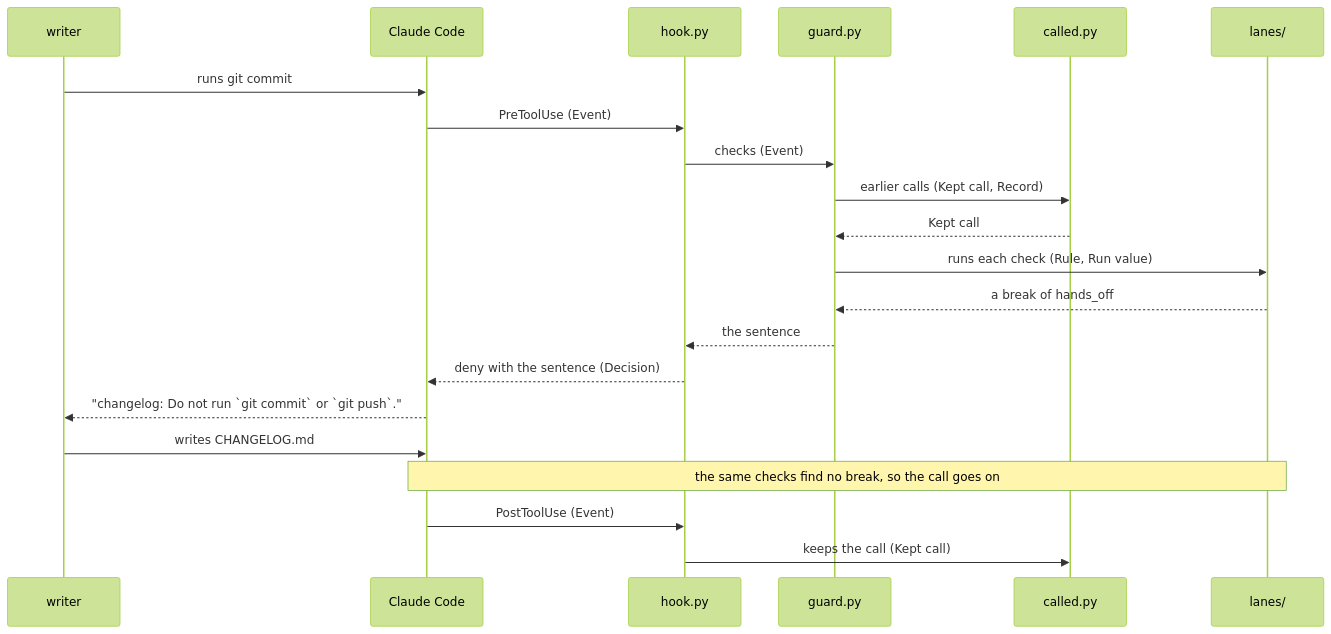
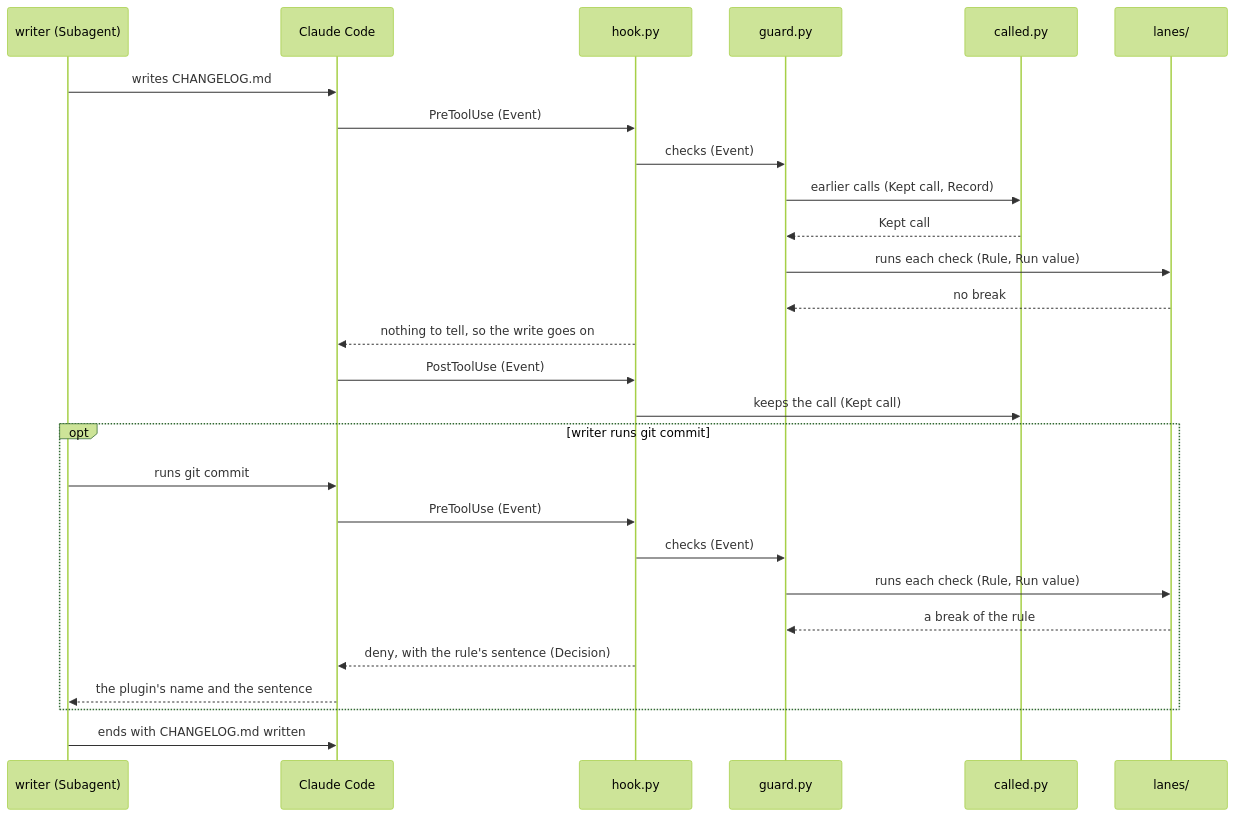
The third of 4 diagrams in dev/lane/architecture.md (lovaizu/ccpm), drawn with Mermaid (forest theme) before and after one commit. The commit also changed other lines of this file and 3 other files, not shown here.

First line of the commit message:
lane's architecture made again by architecture's best practice from the new UX and README: no stop on either run's main path, as flow.md and the code have it; the shared principles Lane follows named by number; the code's names mapped once to the UX's

````diff
--- a/dev/lane/architecture.md
+++ b/dev/lane/architecture.md
@@ -152,23 +167,29 @@
 ```mermaid
 sequenceDiagram
-  participant SA as writer
+  participant SA as writer (Subagent)
   participant CC as Claude Code
   participant H as hook.py
   participant G as guard.py
   participant C as called.py
   participant LN as lanes/
-  SA->>CC: runs git commit
+  SA->>CC: writes CHANGELOG.md
   CC->>H: PreToolUse (Event)
   H->>G: checks (Event)
   G->>C: earlier calls (Kept call, Record)
   C-->>G: Kept call
   G->>LN: runs each check (Rule, Run value)
-  LN-->>G: a break of hands_off
-  G-->>H: the sentence
-  H-->>CC: deny with the sentence (Decision)
-  CC-->>SA: "changelog: Do not run `git commit` or `git push`."
-  SA->>CC: writes CHANGELOG.md
-  Note over CC,LN: the same checks find no break, so the call goes on
+  LN-->>G: no break
+  H-->>CC: nothing to tell, so the write goes on
   CC->>H: PostToolUse (Event)
   H->>C: keeps the call (Kept call)
+  opt writer runs git commit
+    SA->>CC: runs git commit
+    CC->>H: PreToolUse (Event)
+    H->>G: checks (Event)
+    G->>LN: runs each check (Rule, Run value)
+    LN-->>G: a break of the rule
+    H-->>CC: deny, with the rule's sentence (Decision)
+    CC-->>SA: the plugin's name and the sentence
+  end
+  SA->>CC: ends with CHANGELOG.md written
 ```
````
